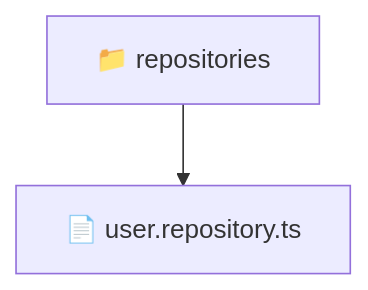
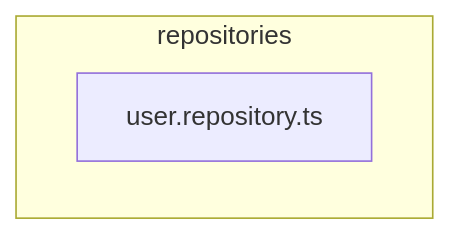
The diagram in backend/src/modules/user/infrastructure/repositories/README.md (beginwebdev2002/fullstack-mavluda), drawn with Mermaid before and after one commit. The commit also changed other lines of this file and 163 other files, not shown here.

````diff
--- a/backend/src/modules/user/infrastructure/repositories/README.md
+++ b/backend/src/modules/user/infrastructure/repositories/README.md
@@ -9,5 +15,6 @@
 ```mermaid
 graph TD
-  Root["📁 repositories"]
-  Root --> user_repository_ts["📄 user.repository.ts"]
+  subgraph repositories
+    user_repository_ts["user.repository.ts"]
+  end
 ```
````
